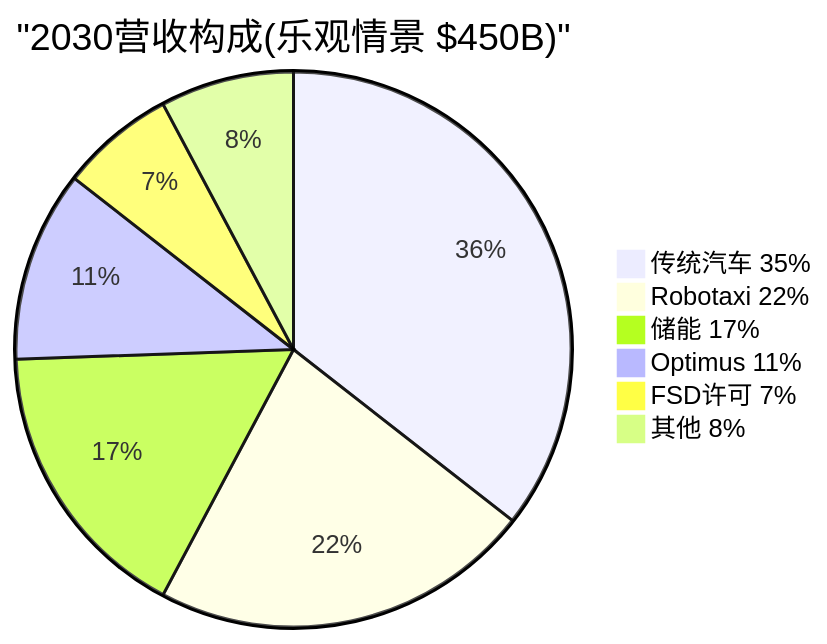
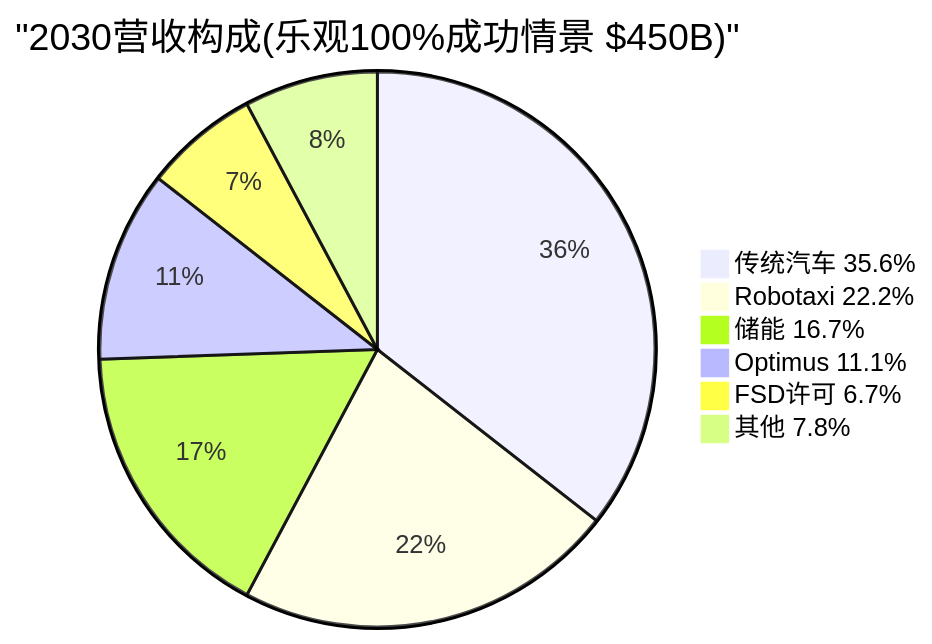
The tenth of 13 diagrams in reports/TSLA/staging/moduleD_market.md (miltonnewyork25-afk/investment-master), drawn with Mermaid before and after one commit. The commit also changed other lines of this file and 6 other files, not shown here.

````diff
--- a/reports/TSLA/staging/moduleD_market.md
+++ b/reports/TSLA/staging/moduleD_market.md
@@ -167,9 +458,9 @@
 ```mermaid
-pie title "2030营收构成(乐观情景 $450B)"
-    "传统汽车 35%" : 160
-    "Robotaxi 22%" : 100
-    "储能 17%" : 75
-    "Optimus 11%" : 50
-    "FSD许可 7%" : 30
-    "其他 8%" : 35
+pie title "2030营收构成(乐观100%成功情景 $450B)"
+    "传统汽车 35.6%" : 160
+    "Robotaxi 22.2%" : 100
+    "储能 16.7%" : 75
+    "Optimus 11.1%" : 50
+    "FSD许可 6.7%" : 30
+    "其他 7.8%" : 35
 ```
````
